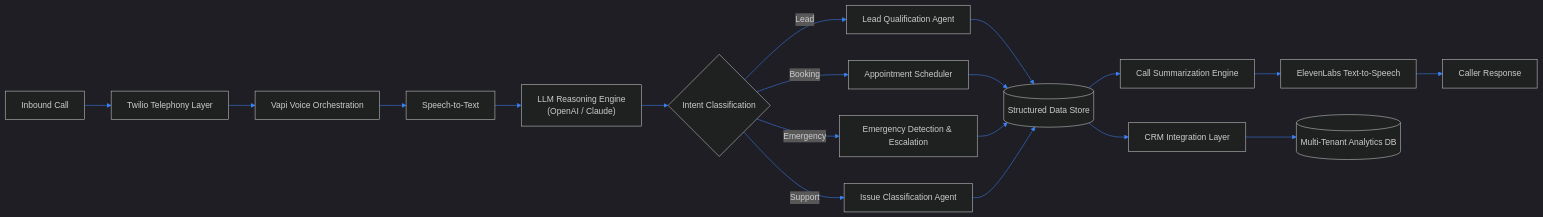
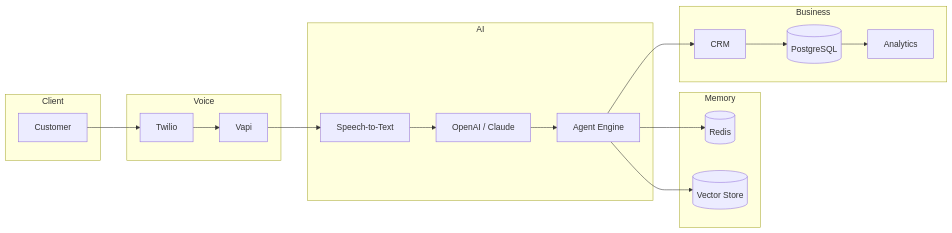
One commit to mohammedsohail7790/mohammedsohail7790 changed the first of 8 diagrams in README.md. Above: the diagram before and after it, drawn with Mermaid. The commit also changed other lines of this file, not shown here.

````diff
--- a/README.md
+++ b/README.md
@@ -88,23 +246,40 @@
 ```mermaid
-%%{init: {'theme':'dark', 'themeVariables': {'primaryColor':'#0A0E17','primaryTextColor':'#E5E7EB','primaryBorderColor':'#3B82F6','lineColor':'#3B82F6','tertiaryColor':'#05060A'}}}%%
 flowchart LR
-    A[Inbound Call] --> B[Twilio Telephony Layer]
-    B --> C[Vapi Voice Orchestration]
-    C --> D[Speech-to-Text]
-    D --> E["LLM Reasoning Engine
-    (OpenAI / Claude)"]
-    E --> F{Intent Classification}
-    F -->|Lead| G[Lead Qualification Agent]
-    F -->|Booking| H[Appointment Scheduler]
-    F -->|Emergency| I[Emergency Detection & Escalation]
-    F -->|Support| J[Issue Classification Agent]
-    G --> K[(Structured Data Store)]
-    H --> K
-    I --> K
-    J --> K
-    K --> L[Call Summarization Engine]
-    L --> M[ElevenLabs Text-to-Speech]
-    M --> N[Caller Response]
-    K --> O[CRM Integration Layer]
-    O --> P[(Multi-Tenant Analytics DB)]
+
+subgraph Client
+A[Customer]
+end
+
+subgraph Voice
+B[Twilio]
+C[Vapi]
+end
+
+subgraph AI
+D[Speech-to-Text]
+E[OpenAI / Claude]
+F[Agent Engine]
+end
+
+subgraph Memory
+G[(Redis)]
+H[(Vector Store)]
+end
+
+subgraph Business
+I[CRM]
+J[(PostgreSQL)]
+K[Analytics]
+end
+
+A --> B
+B --> C
+C --> D
+D --> E
+E --> F
+F --> G
+F --> H
+F --> I
+I --> J
+J --> K
 ```
````
